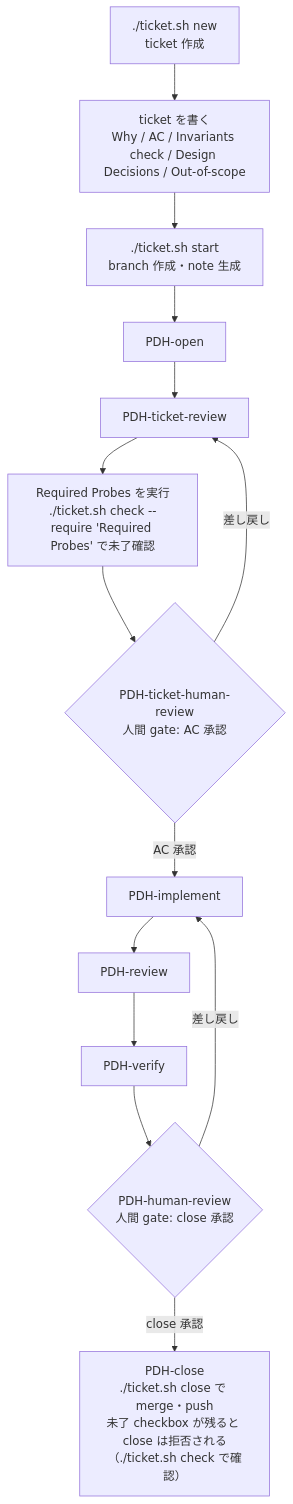
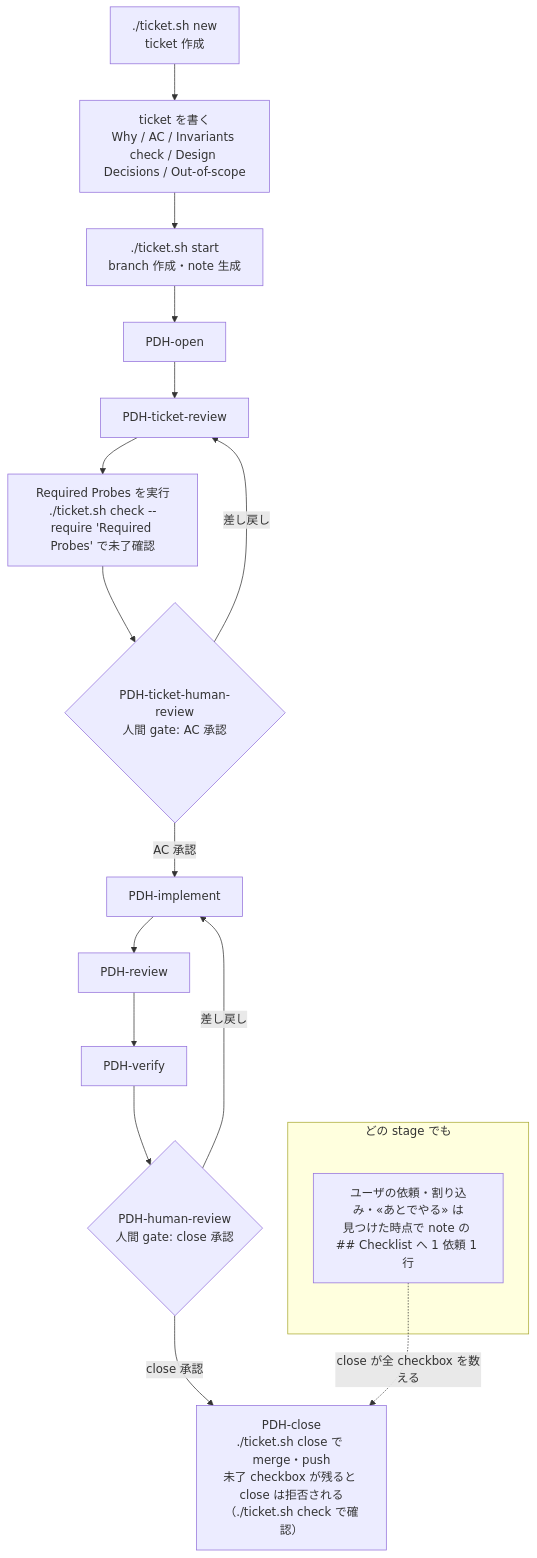
The diagram in docs/PDH-AGENTS.md (masuidrive/pdh), drawn with Mermaid before and after one commit.

Commit message:
Stage Flow の flowchart に checklist 追記の経路を足す
「ユーザの依頼・割り込み・«あとでやる» は見つけた時点で note の
## Checklist へ 1 依頼 1 行」（Execution Model の規則）が、どの stage でも
起き、close が全 checkbox を数えることを図の上でも見えるようにする。

Claude-Session: https://claude.ai/code/session_01Bs364exCJ8wdzJtHnTJrWN

````diff
--- a/docs/PDH-AGENTS.md
+++ b/docs/PDH-AGENTS.md
@@ -7,16 +7,20 @@
 ```mermaid
 flowchart TD
     new["./ticket.sh new<br/>ticket 作成"] --> write["ticket を書く<br/>Why / AC / Invariants check / Design Decisions / Out-of-scope"]
     write --> start["./ticket.sh start<br/>branch 作成・note 生成"]
     start --> open[PDH-open]
     open --> treview[PDH-ticket-review]
     treview --> probes["Required Probes を実行<br/>./ticket.sh check --require 'Required Probes' で未了確認"]
     probes --> tgate{"PDH-ticket-human-review<br/>人間 gate: AC 承認"}
     tgate -- 差し戻し --> treview
     tgate -- AC 承認 --> impl[PDH-implement]
     impl --> review[PDH-review]
     review --> verify[PDH-verify]
     verify --> hgate{"PDH-human-review<br/>人間 gate: close 承認"}
     hgate -- 差し戻し --> impl
     hgate -- close 承認 --> close["PDH-close<br/>./ticket.sh close で merge・push<br/>未了 checkbox が残ると close は拒否される（./ticket.sh check で確認）"]
+    subgraph anytime["どの stage でも"]
+      todo["ユーザの依頼・割り込み・«あとでやる» は<br/>見つけた時点で note の ## Checklist へ 1 依頼 1 行"]
+    end
+    todo -. close が全 checkbox を数える .-> close
 ```
````
